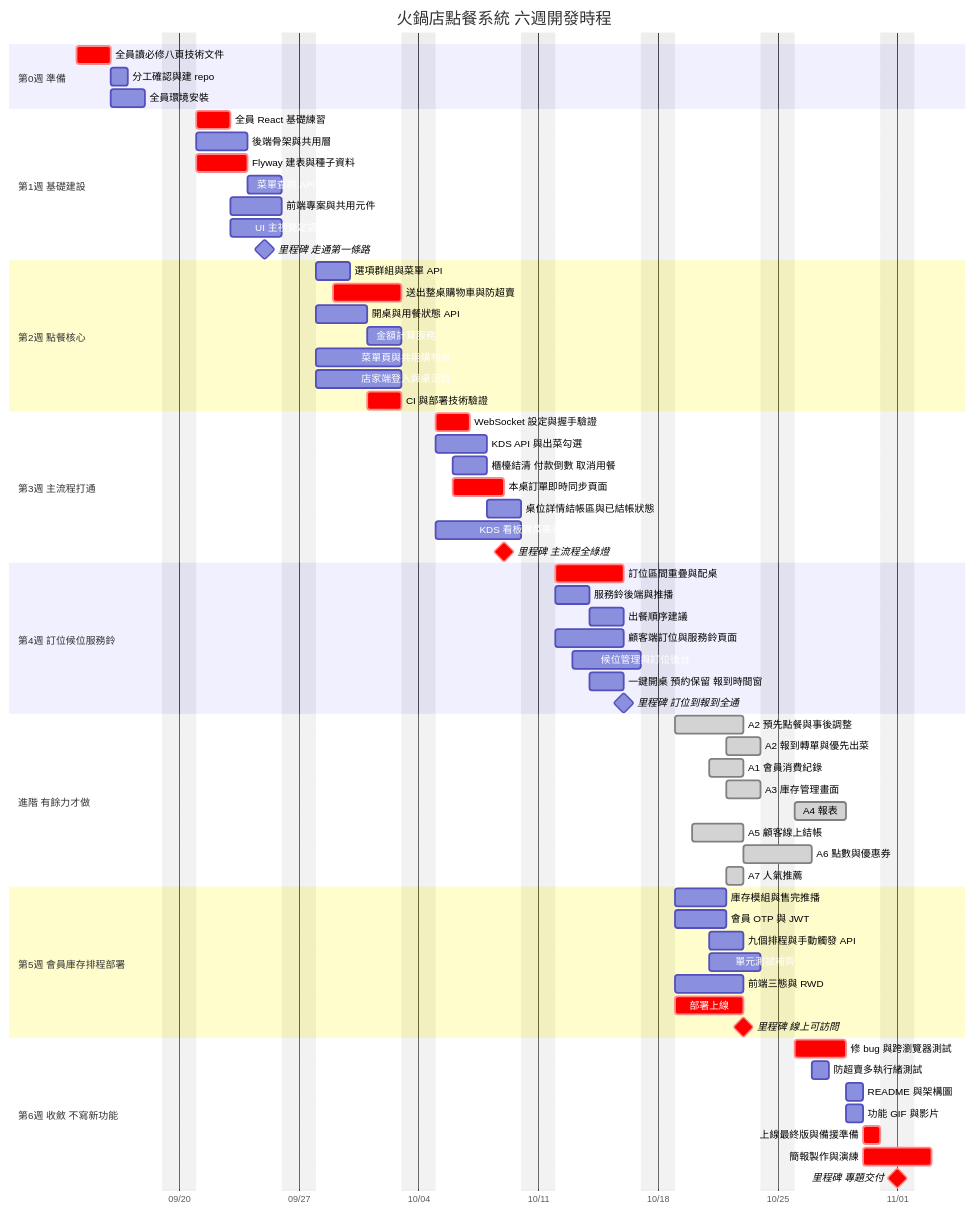
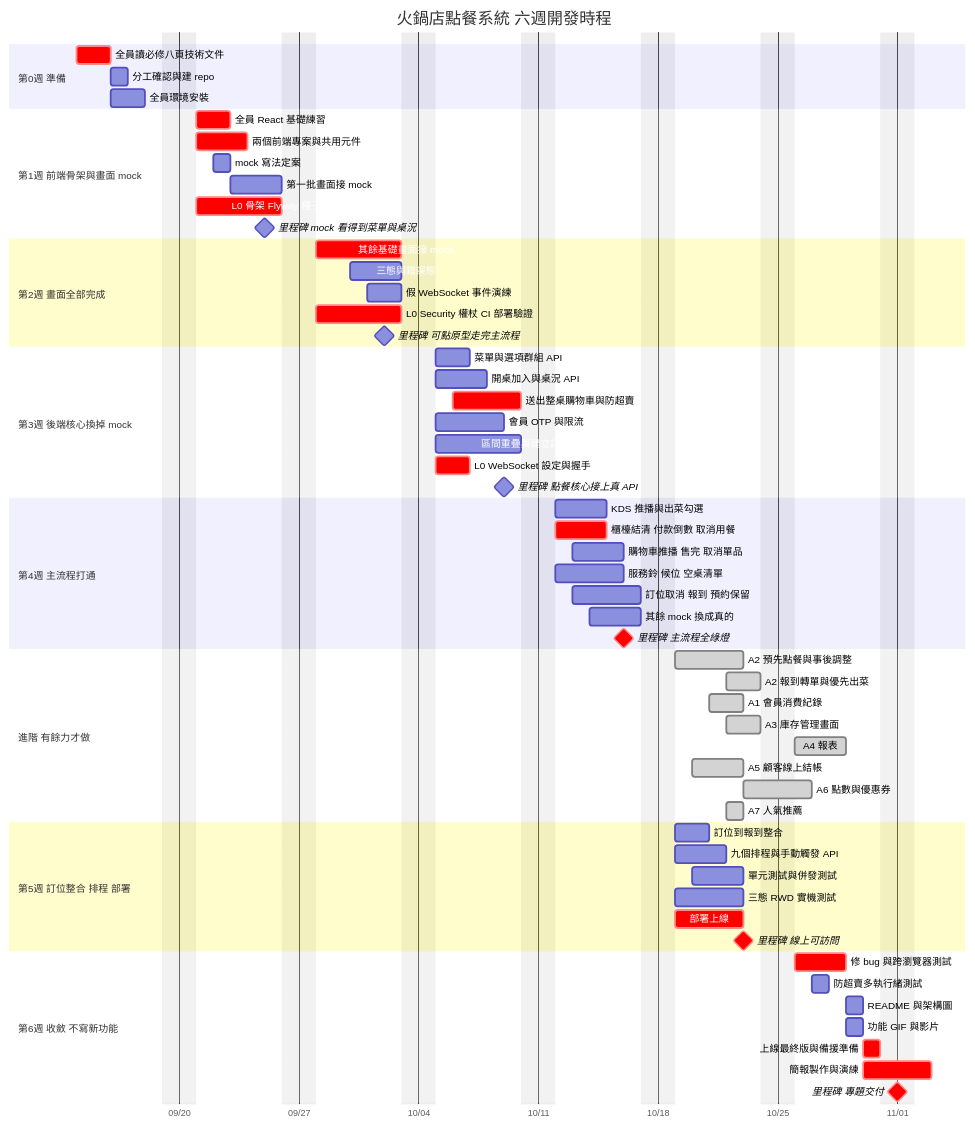
One commit to harry-wann/smart-order changed the fifth of 16 diagrams in docs/spec/06-圖表總覽.md. Above: the diagram before and after it, drawn with Mermaid. The commit also changed other lines of this file and 75 other files, not shown here.

````diff
--- a/docs/spec/06-圖表總覽.md
+++ b/docs/spec/06-圖表總覽.md
@@ -292,76 +292,72 @@
 ```mermaid
 gantt
     title 火鍋店點餐系統 六週開發時程
     dateFormat YYYY-MM-DD
     axisFormat %m/%d
     excludes weekends
 
     section 第0週 準備
     全員讀必修八頁技術文件  :crit, d0, 2026-09-14, 2d
     分工確認與建 repo       :a0, 2026-09-16, 1d
     全員環境安裝            :a1, 2026-09-16, 2d
 
-    section 第1週 基礎建設
+    section 第1週 前端骨架與畫面 mock
     全員 React 基礎練習      :crit, b1, 2026-09-21, 2d
-    後端骨架與共用層         :b2, 2026-09-21, 3d
-    Flyway 建表與種子資料     :crit, b3, 2026-09-21, 3d
-    菜單查詢 API            :b4, 2026-09-24, 2d
-    前端專案與共用元件       :b5, 2026-09-23, 3d
-    UI 主視覺定調           :b6, 2026-09-23, 3d
-    里程碑 走通第一條路      :milestone, m1, 2026-09-25, 0d
+    兩個前端專案與共用元件    :crit, b2, 2026-09-21, 3d
+    mock 寫法定案           :b3, 2026-09-22, 1d
+    第一批畫面接 mock        :b4, 2026-09-23, 3d
+    L0 骨架 Flyway 種子資料  :crit, b5, 2026-09-21, 5d
+    里程碑 mock 看得到菜單與桌況 :milestone, m1, 2026-09-25, 0d
 
-    section 第2週 點餐核心
-    選項群組與菜單 API       :c1, 2026-09-28, 2d
-    送出整桌購物車與防超賣     :crit, c2, 2026-09-29, 4d
-    開桌與用餐狀態 API       :c3, 2026-09-28, 3d
-    金額計算服務            :c4, 2026-10-01, 2d
-    菜單頁與共用購物車       :c5, 2026-09-28, 5d
-    店家端登入與桌況頁       :c6, 2026-09-28, 5d
-    CI 與部署技術驗證        :crit, c7, 2026-10-01, 2d
+    section 第2週 畫面全部完成
+    其餘基礎畫面接 mock       :crit, c1, 2026-09-28, 5d
+    三態與錯誤態             :c2, 2026-09-30, 3d
+    假 WebSocket 事件演練     :c3, 2026-10-01, 2d
+    L0 Security 權杖 CI 部署驗證 :crit, c4, 2026-09-28, 5d
+    里程碑 可點原型走完主流程  :milestone, m2, 2026-10-02, 0d
 
-    section 第3週 主流程打通
-    WebSocket 設定與握手驗證  :crit, e0, 2026-10-05, 2d
-    KDS API 與出菜勾選       :e2, 2026-10-05, 3d
-    櫃檯結清 付款倒數 取消用餐 :e1, 2026-10-06, 2d
-    本桌訂單即時同步頁面      :crit, e3, 2026-10-06, 3d
-    桌位詳情結帳區與已結帳狀態 :e4, 2026-10-08, 2d
-    KDS 看板與菜單後台       :e5, 2026-10-05, 5d
-    里程碑 主流程全綠燈      :crit, milestone, m2, 2026-10-09, 0d
+    section 第3週 後端核心換掉 mock
+    菜單與選項群組 API        :e1, 2026-10-05, 2d
+    開桌加入與桌況 API        :e2, 2026-10-05, 3d
+    送出整桌購物車與防超賣     :crit, e3, 2026-10-06, 4d
+    會員 OTP 與限流          :e4, 2026-10-05, 4d
+    區間重疊與建立訂位        :e5, 2026-10-05, 5d
+    L0 WebSocket 設定與握手   :crit, e6, 2026-10-05, 2d
+    里程碑 點餐核心接上真 API  :milestone, m3, 2026-10-09, 0d
 
-    section 第4週 訂位候位服務鈴
-    訂位區間重疊與配桌       :crit, f2, 2026-10-12, 4d
-    服務鈴後端與推播         :f1, 2026-10-12, 2d
-    出餐順序建議            :f3, 2026-10-14, 2d
-    顧客端訂位與服務鈴頁面    :f4, 2026-10-12, 4d
-    候位管理與訂位後台       :f5, 2026-10-13, 4d
-    一鍵開桌 預約保留 報到時間窗 :f6, 2026-10-14, 2d
-    里程碑 訂位到報到全通    :milestone, m3, 2026-10-16, 0d
+    section 第4週 主流程打通
+    KDS 推播與出菜勾選        :f1, 2026-10-12, 3d
+    櫃檯結清 付款倒數 取消用餐 :crit, f2, 2026-10-12, 3d
+    購物車推播 售完 取消單品   :f3, 2026-10-13, 3d
+    服務鈴 候位 空桌清單      :f4, 2026-10-12, 4d
+    訂位取消 報到 預約保留     :f5, 2026-10-13, 4d
+    其餘 mock 換成真的        :f6, 2026-10-14, 3d
+    里程碑 主流程全綠燈       :crit, milestone, m4, 2026-10-16, 0d
 
     section 進階 有餘力才做
     A2 預先點餐與事後調整     :done, x1, 2026-10-19, 4d
     A2 報到轉單與優先出菜     :done, x2, 2026-10-22, 2d
     A1 會員消費紀錄          :done, x3, 2026-10-21, 2d
     A3 庫存管理畫面          :done, x5, 2026-10-22, 2d
     A4 報表                 :done, x6, 2026-10-26, 3d
     A5 顧客線上結帳          :done, x7, 2026-10-20, 3d
     A6 點數與優惠券          :done, x8, 2026-10-23, 2d
     A7 人氣推薦             :done, x9, 2026-10-22, 1d
 
-    section 第5週 會員庫存排程部署
-    庫存模組與售完推播       :g1, 2026-10-19, 3d
-    會員 OTP 與 JWT         :g5, 2026-10-19, 3d
-    九個排程與手動觸發 API    :g6, 2026-10-21, 2d
-    單元測試補齊            :g3, 2026-10-21, 3d
-    前端三態與 RWD          :g4, 2026-10-19, 4d
-    部署上線                :crit, g2, 2026-10-19, 4d
-    里程碑 線上可訪問        :crit, milestone, m4, 2026-10-23, 0d
+    section 第5週 訂位整合 排程 部署
+    訂位到報到整合           :g1, 2026-10-19, 2d
+    九個排程與手動觸發 API    :g2, 2026-10-19, 3d
+    單元測試與併發測試        :g3, 2026-10-20, 3d
+    三態 RWD 實機測試        :g4, 2026-10-19, 4d
+    部署上線                :crit, g5, 2026-10-19, 4d
+    里程碑 線上可訪問        :crit, milestone, m5, 2026-10-23, 0d
 
     section 第6週 收斂 不寫新功能
     修 bug 與跨瀏覽器測試     :crit, h1, 2026-10-26, 3d
     防超賣多執行緒測試       :h6, 2026-10-27, 1d
     README 與架構圖         :h2, 2026-10-29, 1d
     功能 GIF 與影片         :h3, 2026-10-29, 1d
     上線最終版與備援準備      :crit, h4, 2026-10-30, 1d
     簡報製作與演練          :crit, h5, 2026-10-30, 2d
-    里程碑 專題交付         :crit, milestone, m5, 2026-11-01, 0d
+    里程碑 專題交付         :crit, milestone, m6, 2026-11-01, 0d
 ```
````
